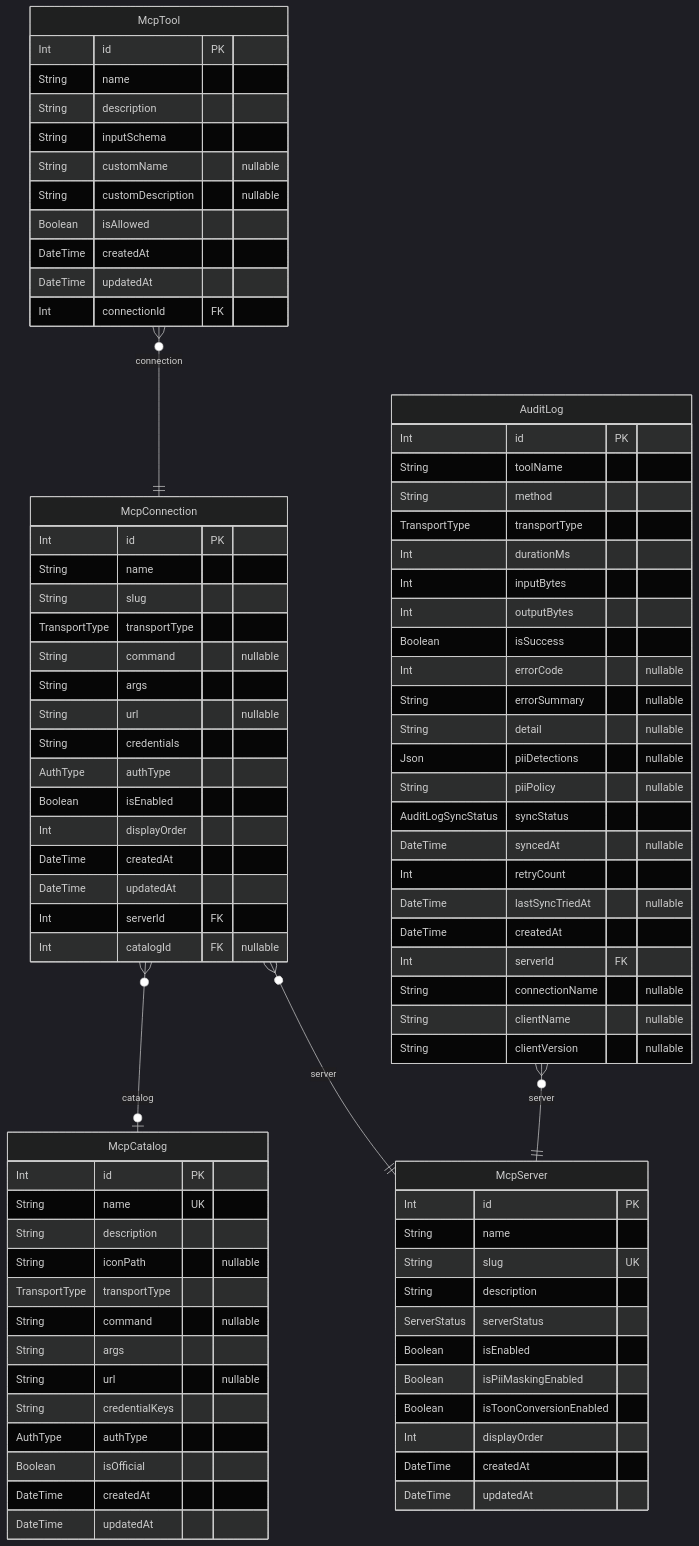
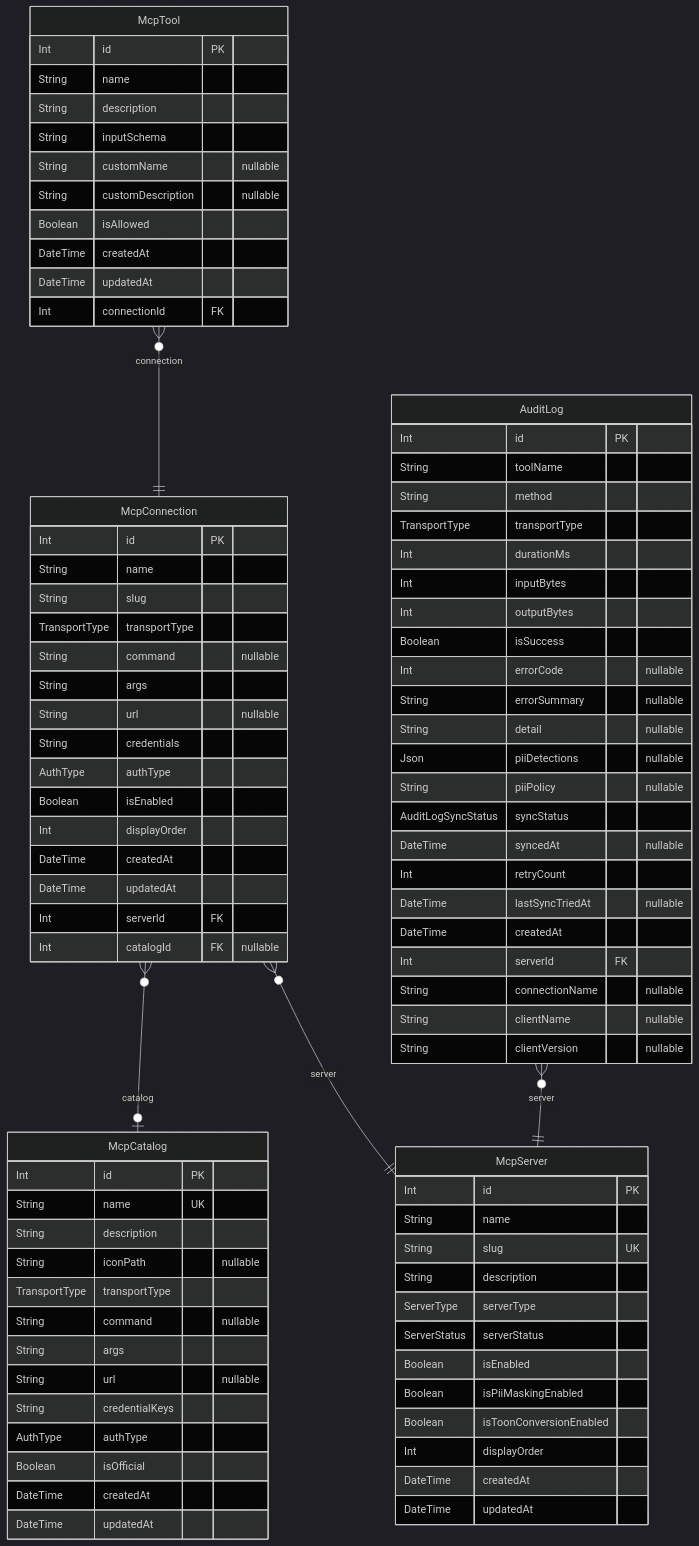
One commit to rayven122/tumiki changed the second of 3 diagrams in apps/desktop/prisma/README.md. Above: the diagram before and after it, drawn with Mermaid (dark theme). The commit also changed other lines of this file and 8 other files, not shown here.

First line of the commit message:
feat(desktop): add ServerType to McpServer to prevent virtual MCP re-nesting (DEV-1625)

```diff
--- a/apps/desktop/prisma/README.md
+++ b/apps/desktop/prisma/README.md
@@ -84,6 +84,7 @@
   String name
   String slug UK
   String description
+  ServerType serverType
   ServerStatus serverStatus
   Boolean isEnabled
   Boolean isPiiMaskingEnabled
```
